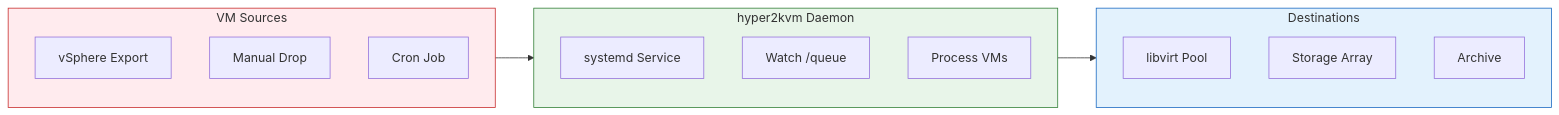
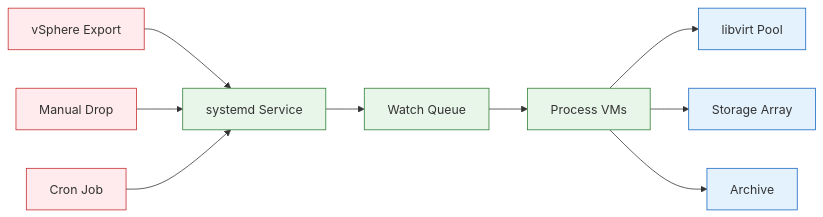
Before and after one commit to ssahani/hyper2kvm: the fifth of 5 diagrams in docs/presentation/daemon-vs-cli-workflow.md, drawn with Mermaid. The commit also changed other lines of this file, not shown here.

First line of the commit message:
fix: Simplify Mermaid diagrams for GitHub compatibility

````diff
--- a/docs/presentation/daemon-vs-cli-workflow.md
+++ b/docs/presentation/daemon-vs-cli-workflow.md
@@ -167,27 +160,21 @@
 ```mermaid
 graph LR
-    subgraph SOURCES["VM Sources"]
-        S1[vSphere Export]
-        S2[Manual Drop]
-        S3[Cron Job]
-    end
+    S1[vSphere Export] --> D1[systemd Service]
+    S2[Manual Drop] --> D1
+    S3[Cron Job] --> D1
 
-    subgraph DAEMON["hyper2kvm Daemon"]
-        D1[systemd Service]
-        D2[Watch /queue]
-        D3[Process VMs]
-    end
+    D1 --> D2[Watch Queue]
+    D2 --> D3[Process VMs]
 
-    subgraph DEST["Destinations"]
-        T1[libvirt Pool]
-        T2[Storage Array]
-        T3[Archive]
-    end
+    D3 --> T1[libvirt Pool]
+    D3 --> T2[Storage Array]
+    D3 --> T3[Archive]
 
-    SOURCES --> DAEMON
-    DAEMON --> DEST
+    classDef sourceClass fill:#FFEBEE,stroke:#C62828
+    classDef daemonClass fill:#E8F5E9,stroke:#2E7D32
+    classDef destClass fill:#E3F2FD,stroke:#1565C0
 
-    style SOURCES fill:#FFEBEE,stroke:#C62828
-    style DAEMON fill:#E8F5E9,stroke:#2E7D32
-    style DEST fill:#E3F2FD,stroke:#1565C0
+    class S1,S2,S3 sourceClass
+    class D1,D2,D3 daemonClass
+    class T1,T2,T3 destClass
 ```
````
